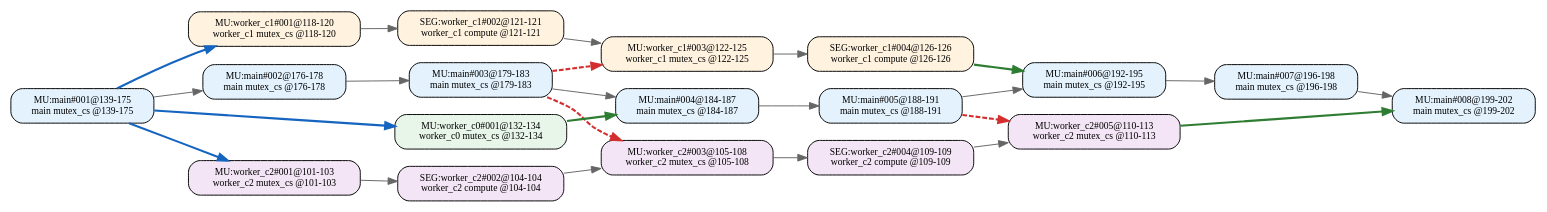
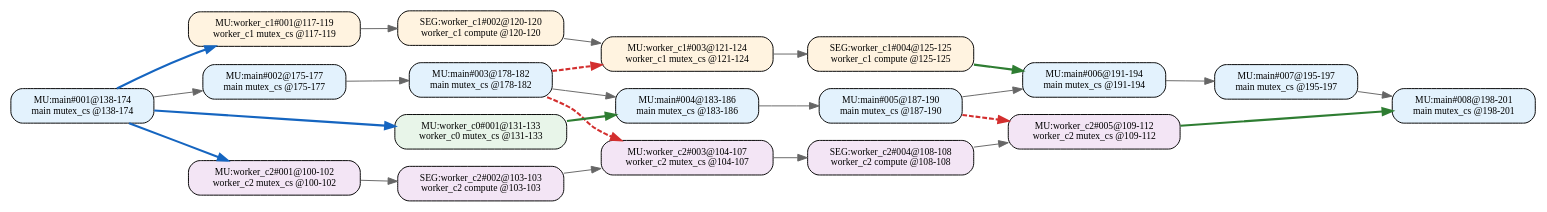
The diagram in 中间结果/zhang2/pipeline/blocks/level2/effective_line_merge/dag_seg.dot (RTS-SYSU/DAG-Gen), drawn with Graphviz before and after one commit. The commit also changed 725 other files, not shown here.

```diff
--- a/中间结果/zhang2/pipeline/blocks/level2/effective_line_merge/dag_seg.dot
+++ b/中间结果/zhang2/pipeline/blocks/level2/effective_line_merge/dag_seg.dot
@@ -1,45 +1,45 @@
 digraph Level2SegDAG {
   rankdir=LR;
   node [shape=box, fontname="Consolas", fontsize=10];
-  "MU:main#001@139-175" [style="rounded,filled", fillcolor="#E3F2FD", label="MU:main#001@139-175\nmain mutex_cs @139-175"];
-  "MU:main#002@176-178" [style="rounded,filled", fillcolor="#E3F2FD", label="MU:main#002@176-178\nmain mutex_cs @176-178"];
-  "MU:main#003@179-183" [style="rounded,filled", fillcolor="#E3F2FD", label="MU:main#003@179-183\nmain mutex_cs @179-183"];
-  "MU:main#004@184-187" [style="rounded,filled", fillcolor="#E3F2FD", label="MU:main#004@184-187\nmain mutex_cs @184-187"];
-  "MU:main#005@188-191" [style="rounded,filled", fillcolor="#E3F2FD", label="MU:main#005@188-191\nmain mutex_cs @188-191"];
-  "MU:main#006@192-195" [style="rounded,filled", fillcolor="#E3F2FD", label="MU:main#006@192-195\nmain mutex_cs @192-195"];
-  "MU:main#007@196-198" [style="rounded,filled", fillcolor="#E3F2FD", label="MU:main#007@196-198\nmain mutex_cs @196-198"];
-  "MU:main#008@199-202" [style="rounded,filled", fillcolor="#E3F2FD", label="MU:main#008@199-202\nmain mutex_cs @199-202"];
-  "MU:worker_c0#001@132-134" [style="rounded,filled", fillcolor="#E8F5E9", label="MU:worker_c0#001@132-134\nworker_c0 mutex_cs @132-134"];
-  "MU:worker_c1#001@118-120" [style="rounded,filled", fillcolor="#FFF3E0", label="MU:worker_c1#001@118-120\nworker_c1 mutex_cs @118-120"];
-  "MU:worker_c1#003@122-125" [style="rounded,filled", fillcolor="#FFF3E0", label="MU:worker_c1#003@122-125\nworker_c1 mutex_cs @122-125"];
-  "MU:worker_c2#001@101-103" [style="rounded,filled", fillcolor="#F3E5F5", label="MU:worker_c2#001@101-103\nworker_c2 mutex_cs @101-103"];
-  "MU:worker_c2#003@105-108" [style="rounded,filled", fillcolor="#F3E5F5", label="MU:worker_c2#003@105-108\nworker_c2 mutex_cs @105-108"];
-  "MU:worker_c2#005@110-113" [style="rounded,filled", fillcolor="#F3E5F5", label="MU:worker_c2#005@110-113\nworker_c2 mutex_cs @110-113"];
-  "SEG:worker_c1#002@121-121" [style="rounded,filled", fillcolor="#FFF3E0", label="SEG:worker_c1#002@121-121\nworker_c1 compute @121-121"];
-  "SEG:worker_c1#004@126-126" [style="rounded,filled", fillcolor="#FFF3E0", label="SEG:worker_c1#004@126-126\nworker_c1 compute @126-126"];
-  "SEG:worker_c2#002@104-104" [style="rounded,filled", fillcolor="#F3E5F5", label="SEG:worker_c2#002@104-104\nworker_c2 compute @104-104"];
-  "SEG:worker_c2#004@109-109" [style="rounded,filled", fillcolor="#F3E5F5", label="SEG:worker_c2#004@109-109\nworker_c2 compute @109-109"];
-  "MU:worker_c2#001@101-103" -> "SEG:worker_c2#002@104-104" [color="#666666", style="solid", penwidth=1.0];
-  "SEG:worker_c2#002@104-104" -> "MU:worker_c2#003@105-108" [color="#666666", style="solid", penwidth=1.0];
-  "MU:worker_c2#003@105-108" -> "SEG:worker_c2#004@109-109" [color="#666666", style="solid", penwidth=1.0];
-  "SEG:worker_c2#004@109-109" -> "MU:worker_c2#005@110-113" [color="#666666", style="solid", penwidth=1.0];
-  "MU:worker_c1#001@118-120" -> "SEG:worker_c1#002@121-121" [color="#666666", style="solid", penwidth=1.0];
-  "SEG:worker_c1#002@121-121" -> "MU:worker_c1#003@122-125" [color="#666666", style="solid", penwidth=1.0];
-  "MU:worker_c1#003@122-125" -> "SEG:worker_c1#004@126-126" [color="#666666", style="solid", penwidth=1.0];
-  "MU:main#001@139-175" -> "MU:main#002@176-178" [color="#666666", style="solid", penwidth=1.0];
-  "MU:main#002@176-178" -> "MU:main#003@179-183" [color="#666666", style="solid", penwidth=1.0];
-  "MU:main#003@179-183" -> "MU:main#004@184-187" [color="#666666", style="solid", penwidth=1.0];
-  "MU:main#004@184-187" -> "MU:main#005@188-191" [color="#666666", style="solid", penwidth=1.0];
-  "MU:main#005@188-191" -> "MU:main#006@192-195" [color="#666666", style="solid", penwidth=1.0];
-  "MU:main#006@192-195" -> "MU:main#007@196-198" [color="#666666", style="solid", penwidth=1.0];
-  "MU:main#007@196-198" -> "MU:main#008@199-202" [color="#666666", style="solid", penwidth=1.0];
-  "MU:main#001@139-175" -> "MU:worker_c0#001@132-134" [color="#1565C0", style="solid", penwidth=2.2];
-  "MU:main#001@139-175" -> "MU:worker_c1#001@118-120" [color="#1565C0", style="solid", penwidth=2.2];
-  "MU:main#001@139-175" -> "MU:worker_c2#001@101-103" [color="#1565C0", style="solid", penwidth=2.2];
-  "MU:worker_c0#001@132-134" -> "MU:main#004@184-187" [color="#2E7D32", style="solid", penwidth=2.2];
-  "SEG:worker_c1#004@126-126" -> "MU:main#006@192-195" [color="#2E7D32", style="solid", penwidth=2.2];
-  "MU:worker_c2#005@110-113" -> "MU:main#008@199-202" [color="#2E7D32", style="solid", penwidth=2.2];
-  "MU:main#003@179-183" -> "MU:worker_c2#003@105-108" [color="#D32F2F", style="dashed", penwidth=2.2];
-  "MU:main#005@188-191" -> "MU:worker_c2#005@110-113" [color="#D32F2F", style="dashed", penwidth=2.2];
-  "MU:main#003@179-183" -> "MU:worker_c1#003@122-125" [color="#D32F2F", style="dashed", penwidth=2.2];
+  "MU:main#001@138-174" [style="rounded,filled", fillcolor="#E3F2FD", label="MU:main#001@138-174\nmain mutex_cs @138-174"];
+  "MU:main#002@175-177" [style="rounded,filled", fillcolor="#E3F2FD", label="MU:main#002@175-177\nmain mutex_cs @175-177"];
+  "MU:main#003@178-182" [style="rounded,filled", fillcolor="#E3F2FD", label="MU:main#003@178-182\nmain mutex_cs @178-182"];
+  "MU:main#004@183-186" [style="rounded,filled", fillcolor="#E3F2FD", label="MU:main#004@183-186\nmain mutex_cs @183-186"];
+  "MU:main#005@187-190" [style="rounded,filled", fillcolor="#E3F2FD", label="MU:main#005@187-190\nmain mutex_cs @187-190"];
+  "MU:main#006@191-194" [style="rounded,filled", fillcolor="#E3F2FD", label="MU:main#006@191-194\nmain mutex_cs @191-194"];
+  "MU:main#007@195-197" [style="rounded,filled", fillcolor="#E3F2FD", label="MU:main#007@195-197\nmain mutex_cs @195-197"];
+  "MU:main#008@198-201" [style="rounded,filled", fillcolor="#E3F2FD", label="MU:main#008@198-201\nmain mutex_cs @198-201"];
+  "MU:worker_c0#001@131-133" [style="rounded,filled", fillcolor="#E8F5E9", label="MU:worker_c0#001@131-133\nworker_c0 mutex_cs @131-133"];
+  "MU:worker_c1#001@117-119" [style="rounded,filled", fillcolor="#FFF3E0", label="MU:worker_c1#001@117-119\nworker_c1 mutex_cs @117-119"];
+  "MU:worker_c1#003@121-124" [style="rounded,filled", fillcolor="#FFF3E0", label="MU:worker_c1#003@121-124\nworker_c1 mutex_cs @121-124"];
+  "MU:worker_c2#001@100-102" [style="rounded,filled", fillcolor="#F3E5F5", label="MU:worker_c2#001@100-102\nworker_c2 mutex_cs @100-102"];
+  "MU:worker_c2#003@104-107" [style="rounded,filled", fillcolor="#F3E5F5", label="MU:worker_c2#003@104-107\nworker_c2 mutex_cs @104-107"];
+  "MU:worker_c2#005@109-112" [style="rounded,filled", fillcolor="#F3E5F5", label="MU:worker_c2#005@109-112\nworker_c2 mutex_cs @109-112"];
+  "SEG:worker_c1#002@120-120" [style="rounded,filled", fillcolor="#FFF3E0", label="SEG:worker_c1#002@120-120\nworker_c1 compute @120-120"];
+  "SEG:worker_c1#004@125-125" [style="rounded,filled", fillcolor="#FFF3E0", label="SEG:worker_c1#004@125-125\nworker_c1 compute @125-125"];
+  "SEG:worker_c2#002@103-103" [style="rounded,filled", fillcolor="#F3E5F5", label="SEG:worker_c2#002@103-103\nworker_c2 compute @103-103"];
+  "SEG:worker_c2#004@108-108" [style="rounded,filled", fillcolor="#F3E5F5", label="SEG:worker_c2#004@108-108\nworker_c2 compute @108-108"];
+  "MU:worker_c2#001@100-102" -> "SEG:worker_c2#002@103-103" [color="#666666", style="solid", penwidth=1.0];
+  "SEG:worker_c2#002@103-103" -> "MU:worker_c2#003@104-107" [color="#666666", style="solid", penwidth=1.0];
+  "MU:worker_c2#003@104-107" -> "SEG:worker_c2#004@108-108" [color="#666666", style="solid", penwidth=1.0];
+  "SEG:worker_c2#004@108-108" -> "MU:worker_c2#005@109-112" [color="#666666", style="solid", penwidth=1.0];
+  "MU:worker_c1#001@117-119" -> "SEG:worker_c1#002@120-120" [color="#666666", style="solid", penwidth=1.0];
+  "SEG:worker_c1#002@120-120" -> "MU:worker_c1#003@121-124" [color="#666666", style="solid", penwidth=1.0];
+  "MU:worker_c1#003@121-124" -> "SEG:worker_c1#004@125-125" [color="#666666", style="solid", penwidth=1.0];
+  "MU:main#001@138-174" -> "MU:main#002@175-177" [color="#666666", style="solid", penwidth=1.0];
+  "MU:main#002@175-177" -> "MU:main#003@178-182" [color="#666666", style="solid", penwidth=1.0];
+  "MU:main#003@178-182" -> "MU:main#004@183-186" [color="#666666", style="solid", penwidth=1.0];
+  "MU:main#004@183-186" -> "MU:main#005@187-190" [color="#666666", style="solid", penwidth=1.0];
+  "MU:main#005@187-190" -> "MU:main#006@191-194" [color="#666666", style="solid", penwidth=1.0];
+  "MU:main#006@191-194" -> "MU:main#007@195-197" [color="#666666", style="solid", penwidth=1.0];
+  "MU:main#007@195-197" -> "MU:main#008@198-201" [color="#666666", style="solid", penwidth=1.0];
+  "MU:main#001@138-174" -> "MU:worker_c0#001@131-133" [color="#1565C0", style="solid", penwidth=2.2];
+  "MU:main#001@138-174" -> "MU:worker_c1#001@117-119" [color="#1565C0", style="solid", penwidth=2.2];
+  "MU:main#001@138-174" -> "MU:worker_c2#001@100-102" [color="#1565C0", style="solid", penwidth=2.2];
+  "MU:worker_c0#001@131-133" -> "MU:main#004@183-186" [color="#2E7D32", style="solid", penwidth=2.2];
+  "SEG:worker_c1#004@125-125" -> "MU:main#006@191-194" [color="#2E7D32", style="solid", penwidth=2.2];
+  "MU:worker_c2#005@109-112" -> "MU:main#008@198-201" [color="#2E7D32", style="solid", penwidth=2.2];
+  "MU:main#003@178-182" -> "MU:worker_c2#003@104-107" [color="#D32F2F", style="dashed", penwidth=2.2];
+  "MU:main#005@187-190" -> "MU:worker_c2#005@109-112" [color="#D32F2F", style="dashed", penwidth=2.2];
+  "MU:main#003@178-182" -> "MU:worker_c1#003@121-124" [color="#D32F2F", style="dashed", penwidth=2.2];
 }
```
